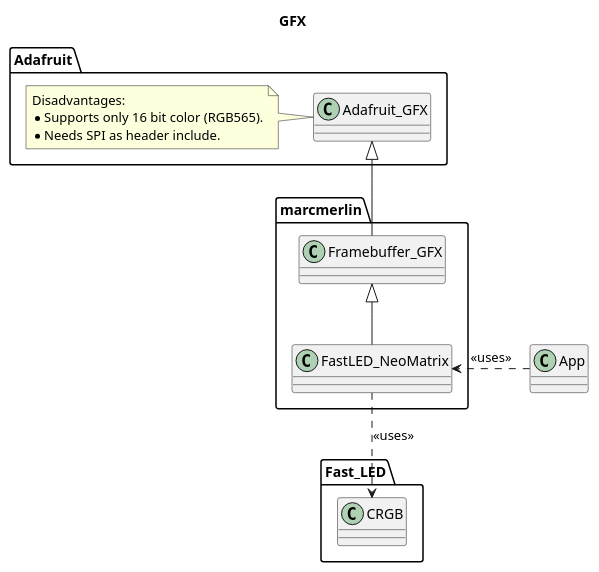
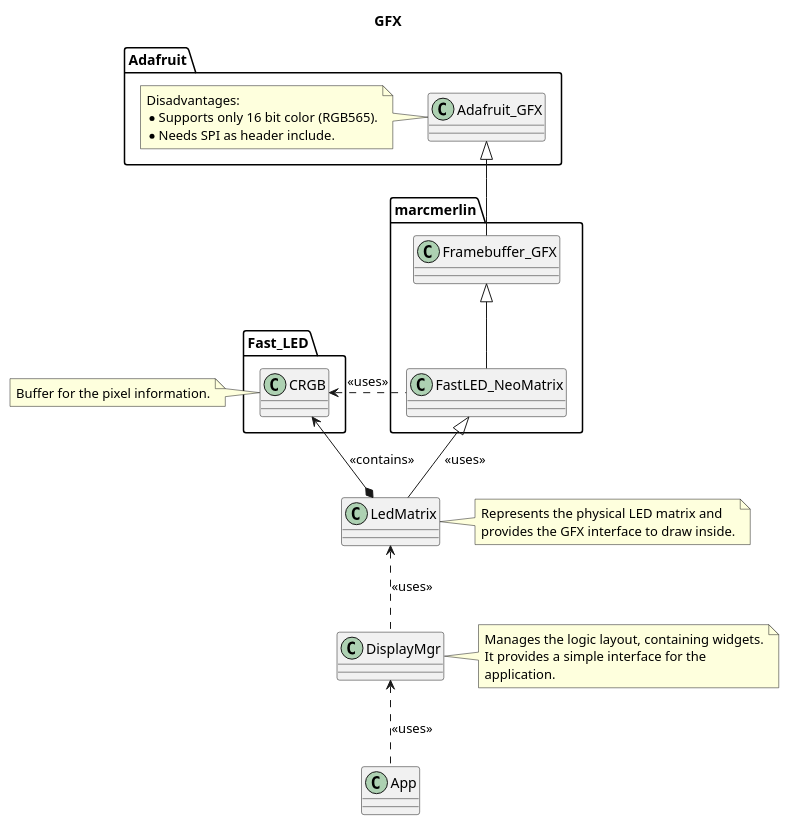
Before and after one commit to BlueAndi/Pixelix: the diagram in doc/design/gfx.plantuml, drawn with PlantUML. The commit also changed 3 other files, not shown here.

```diff
--- a/doc/design/gfx.plantuml
+++ b/doc/design/gfx.plantuml
@@ -1,32 +1,56 @@
 @startuml
 
 title GFX
 
 package "marcmerlin" {
-    class FastLED_NeoMatrix
-    class Framebuffer_GFX
+    class "FastLED_NeoMatrix" as neoMatrix
+    class "Framebuffer_GFX" as frameBufferGfx
 }
 
 package "Fast_LED" {
-    class CRGB
+    class "CRGB" as crgb
 }
 
+note left of crgb
+    Buffer for the pixel information.
+end note
+
 package "Adafruit" {
-    class Adafruit_GFX
+    class "Adafruit_GFX" as adafruitGfx
 
-    note left of Adafruit_GFX
+    note left of adafruitGfx
         Disadvantages:
         * Supports only 16 bit color (RGB565).
         * Needs SPI as header include.
     end note
 }
 
-Adafruit_GFX <|-- Framebuffer_GFX
-Framebuffer_GFX <|-- FastLED_NeoMatrix
-FastLED_NeoMatrix ..> CRGB: <<uses>>
+adafruitGfx <|-- frameBufferGfx
+frameBufferGfx <|-- neoMatrix
+neoMatrix .l.> crgb: <<uses>>
+
+class "LedMatrix" as ledMatrix
+
+neoMatrix <|-- ledMatrix: <<uses>>
+crgb <--* ledMatrix: <<contains>>
+
+note right of ledMatrix
+    Represents the physical LED matrix and
+    provides the GFX interface to draw inside.
+end note
+
+class "DisplayMgr" as displayMgr
+
+ledMatrix <.. displayMgr: <<uses>>
+
+note right of displayMgr
+    Manages the logic layout, containing widgets.
+    It provides a simple interface for the
+    application.
+end note
 
 class "App" as app
 
-app .> FastLED_NeoMatrix: <<uses>>
+displayMgr <.. app: <<uses>>
 
 @enduml
```
